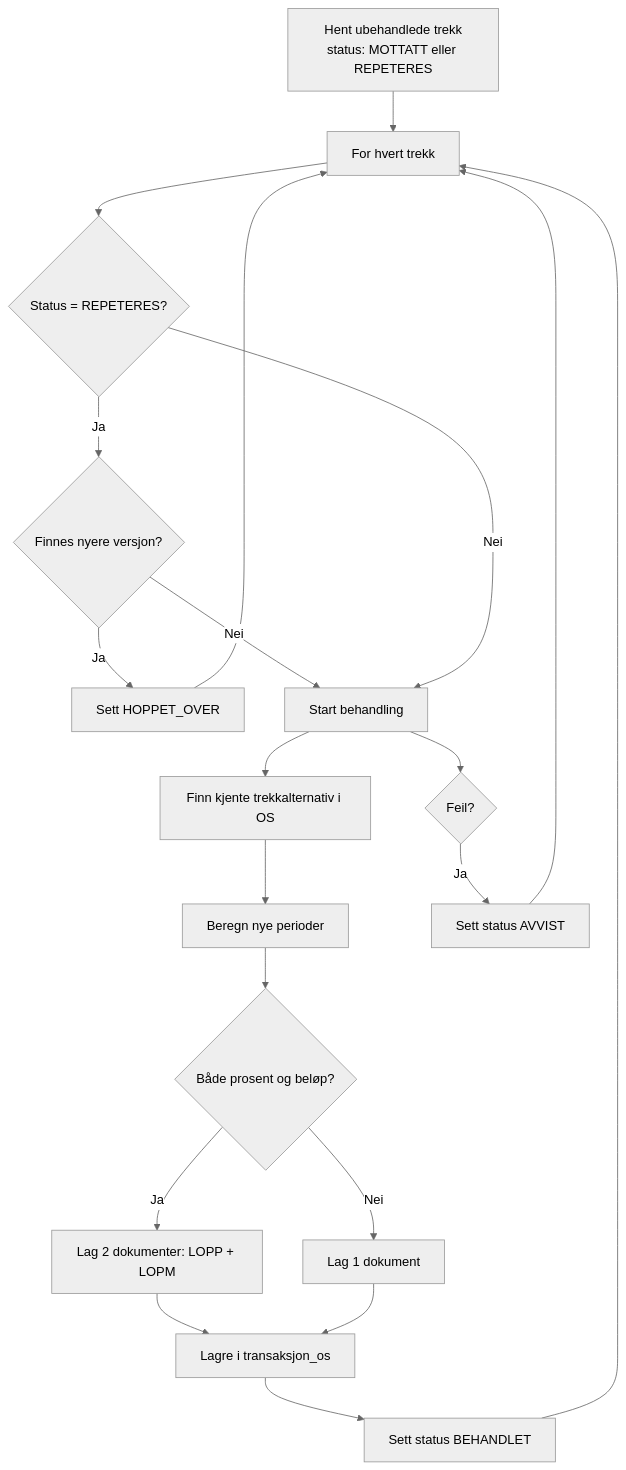
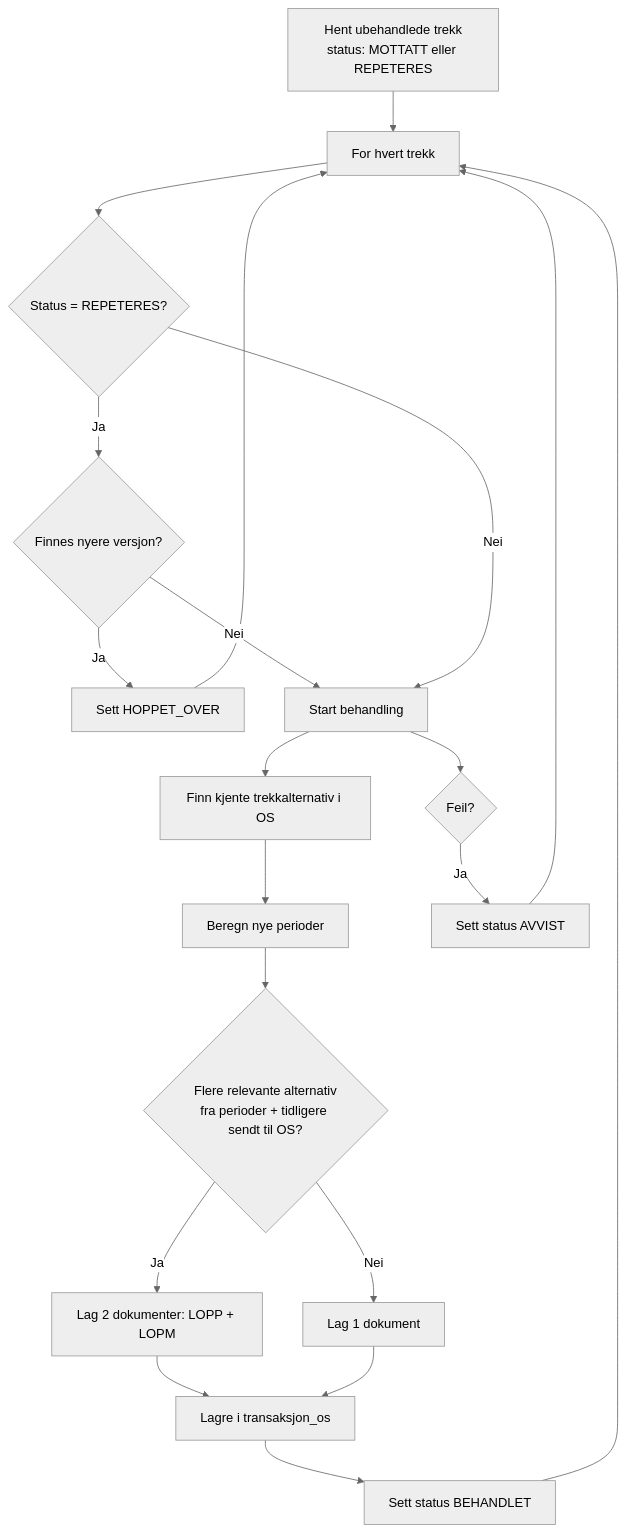
Before and after one commit to navikt/sokos-utleggstrekk: the third of 10 diagrams in dokumentasjon/flytdiagram/README.md, drawn with Mermaid (neutral theme). The commit also changed other lines of this file and 26 other files, not shown here.

````diff
--- a/dokumentasjon/flytdiagram/README.md
+++ b/dokumentasjon/flytdiagram/README.md
@@ -78,25 +78,25 @@
 ```mermaid
 flowchart TD
     START[Hent ubehandlede trekk<br/>status: MOTTATT eller REPETERES] --> LOOP[For hvert trekk]
     LOOP --> CHECK_REP{Status = REPETERES?}
     CHECK_REP -->|Ja| NEWER{Finnes nyere versjon?}
     NEWER -->|Ja| SKIP[Sett HOPPET_OVER]
     NEWER -->|Nei| PROCESS
     CHECK_REP -->|Nei| PROCESS[Start behandling]
 
     PROCESS --> GET_ALT[Finn kjente trekkalternativ i OS]
     GET_ALT --> CALC_PERIODS[Beregn nye perioder]
-    CALC_PERIODS --> SPLIT{Både prosent og beløp?}
+    CALC_PERIODS --> SPLIT{Flere relevante alternativ<br/>fra perioder + tidligere sendt til OS?}
     SPLIT -->|Ja| TWO_DOCS[Lag 2 dokumenter: LOPP + LOPM]
     SPLIT -->|Nei| ONE_DOC[Lag 1 dokument]
     TWO_DOCS --> SAVE
     ONE_DOC --> SAVE[Lagre i transaksjon_os]
     SAVE --> DONE[Sett status BEHANDLET]
     DONE --> LOOP
 
     SKIP --> LOOP
 
     PROCESS --> ERR{Feil?}
     ERR -->|Ja| AVVIST[Sett status AVVIST]
     AVVIST --> LOOP
 ```
````
